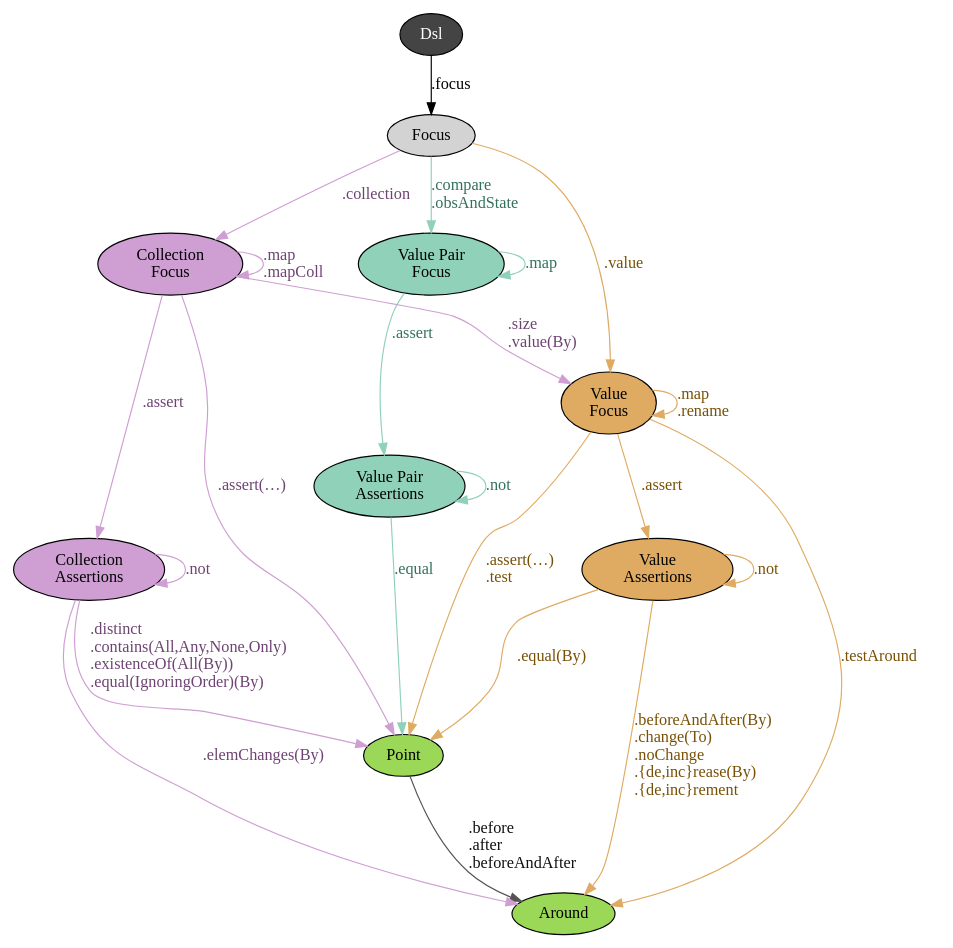
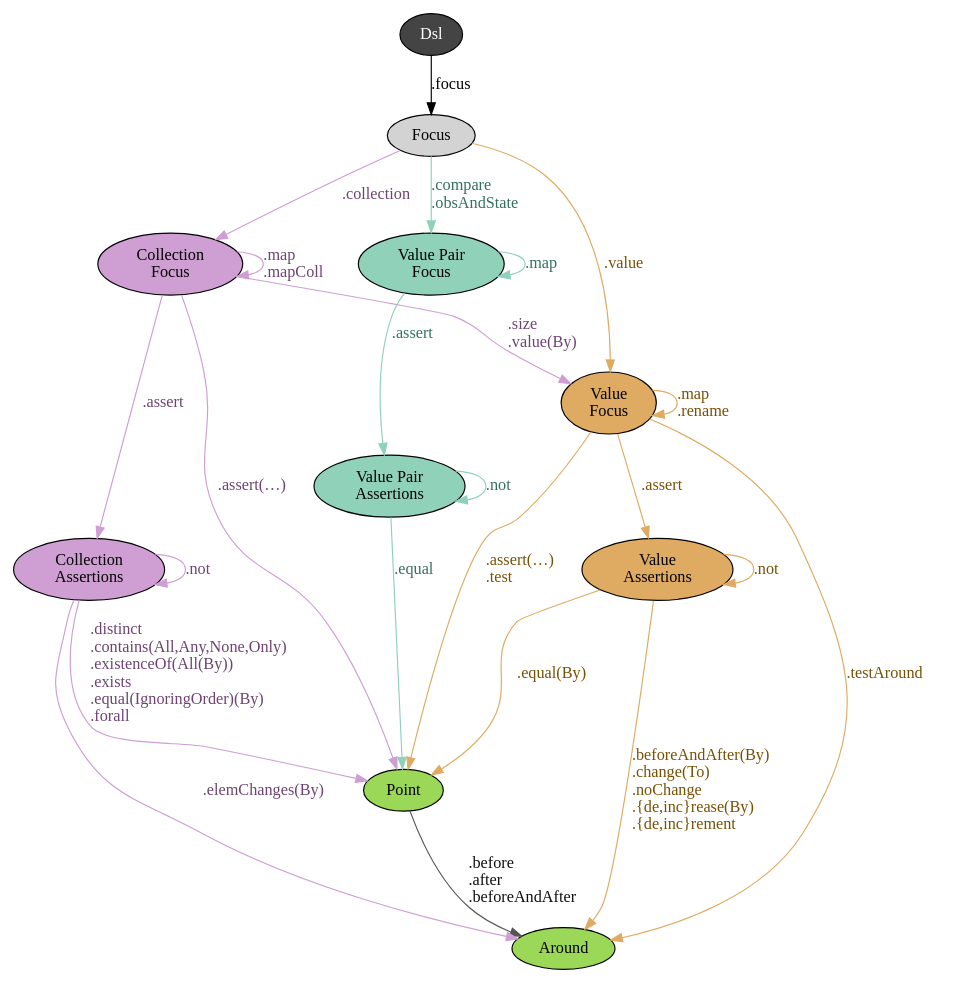
One commit to japgolly/test-state changed the diagram in doc/dsl-focus.gv. Above: the diagram before and after it, drawn with Graphviz. The commit also changed 5 other files, not shown here.

Commit message:
Add .forall & .exists to FocusColl

```diff
--- a/doc/dsl-focus.gv
+++ b/doc/dsl-focus.gv
@@ -1,72 +1,72 @@
 digraph G {
 node[style=filled]
 //edge[minlen=2]
 
 root [fillcolor="#444444" fontcolor=white label="Dsl"]
 
 {
 node[fillcolor="#9BD858"] edge[color="#9BD858" fontcolor="#377700"]
 Point  [label="Point"]
 Around [label="Around"]
 Point -> Around [color="#555555" fontcolor="#111111" label=".before\l.after\l.beforeAndAfter\l"]
 }
 
 // root -> focus,transformer
 // root -> emptyPlan,emptyTest
 
 /*
 root -> Action [label=".chooseAction(Attempt)\l.emptyAction\l.print\l"]
 root -> Around [label=".around\l.chooseAround(Attempt)\l.emptyAround\l.testAround\l"]
 root -> Point  [label=".choosePoint(Attempt)\l.point\l.test\l"]
 root -> Invariant [label=".chooseInvariant(Attempt)\l.emptyInvariant\l"]
 
 root -> action [label=".action"]
 action -> Action [label=".apply\l.attempt\l.update(By)\l.full\l"]
 */
 
 
 // node[style=filled fillcolor="#ffcccc"]
 // edge[color="#bb8888" fontcolor="#772222"]
 
 root -> Focus [label=".focus\l"]
 
 node[fillcolor="#DFAB62"] edge[color="#DFAB62" fontcolor="#785005"]
 FocusValue [label="Value\nFocus"]
 FocusValueAO [label="Value\nAssertions"]
 Focus        -> FocusValue   [label=".value\l"]
 FocusValue   -> FocusValue   [label=".map\l.rename\l"]
 FocusValue   -> FocusValueAO [label=".assert\l"]
 FocusValueAO -> FocusValueAO [label=".not\l"]
 FocusValue   -> Point        [label=".assert(…)\l.test\l"]
 FocusValueAO -> Point        [label=".equal(By)\l"]
 FocusValue   -> Around       [label=".testAround\l"]
 FocusValueAO -> Around       [label=".beforeAndAfter(By)\l.change(To)\l.noChange\l.{de,inc}rease(By)\l.{de,inc}rement\l"]
 
 node[fillcolor="#CF9ED3"] edge[color="#CF9ED3" fontcolor="#6e4373"]
 FocusColl [label="Collection\nFocus"]
 FocusCollAO [label="Collection\nAssertions"]
 Focus       -> FocusColl   [label=".collection\l"]
 FocusColl   -> FocusColl   [label=".map\l.mapColl\l"]
 FocusColl   -> FocusCollAO [label=".assert\l"]
 FocusColl   -> FocusValue  [label=".size\l.value(By)\l"]
 FocusCollAO -> FocusCollAO [label=".not\l"]
 FocusColl   -> Point       [label=".assert(…)\l"]
-FocusCollAO -> Point       [label=".distinct\l.contains(All,Any,None,Only)\l.existenceOf(All(By))\l.equal(IgnoringOrder)(By)\l"]
+FocusCollAO -> Point       [label=".distinct\l.contains(All,Any,None,Only)\l.existenceOf(All(By))\l.exists\l.equal(IgnoringOrder)(By)\l.forall\l"]
 FocusCollAO -> Around      [label=".elemChanges(By)\l"]
 
 node[fillcolor="#90D1BA"] edge[color="#90D1BA" fontcolor="#32715d"]
 BiFocus [label="Value Pair\nFocus"]
 BiFocusAO [label="Value Pair\nAssertions"]
 Focus       -> BiFocus     [label=".compare\l.obsAndState\l"]
 BiFocus     -> BiFocus     [label=".map\l"]
 BiFocus     -> BiFocusAO   [label=".assert\l"]
 BiFocusAO   -> BiFocusAO   [label=".not\l"]
 BiFocusAO   -> Point       [label=".equal\l"]
 /*
 ObsAndState [label="Value Pair\nFocus"]
 Focus       -> ObsAndState [label=".obsAndState\l"]
 ObsAndState -> ObsAndState [label=".map\l"]
 ObsAndState -> BiFocus     [style=dashed label="<extends>"]
 ObsAndState -> FocusValue  [label=".obs\l.state\l"]
 */
 }
```
